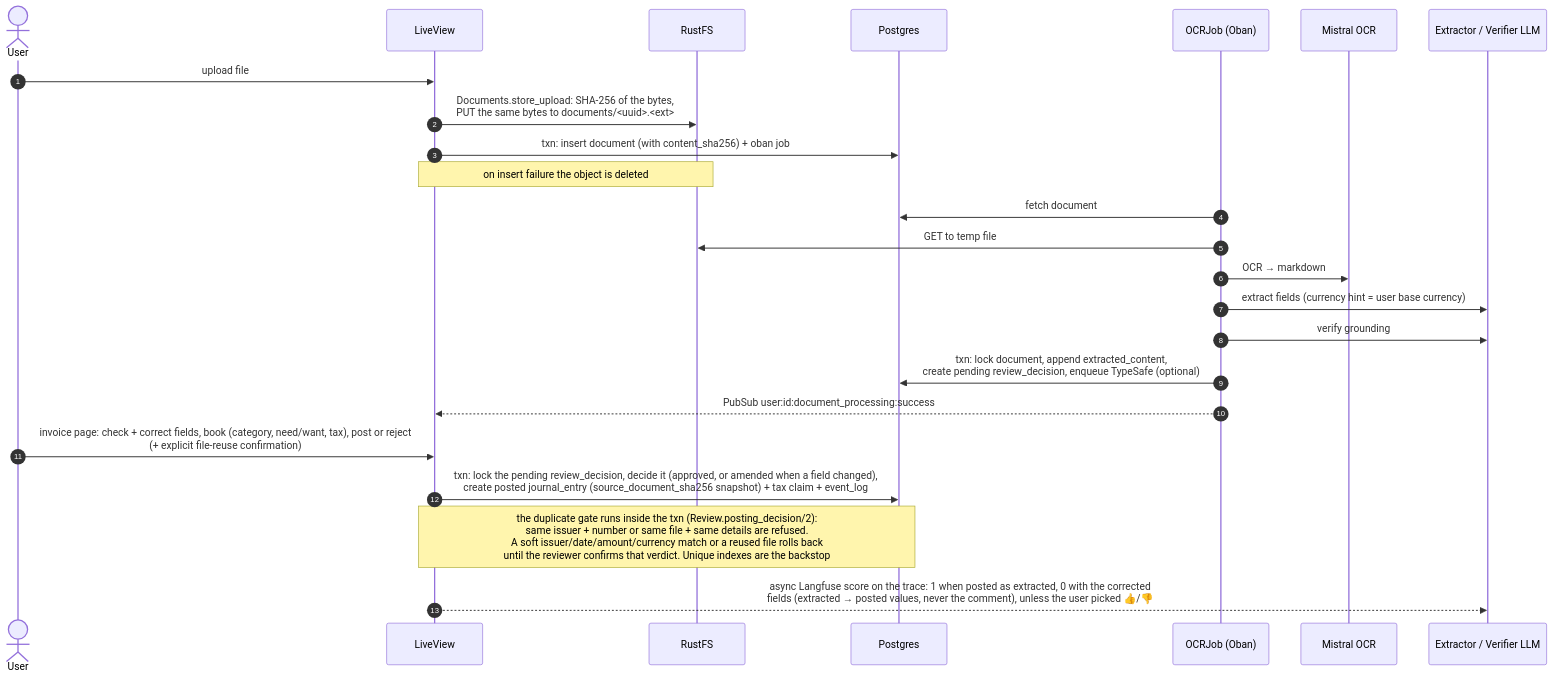
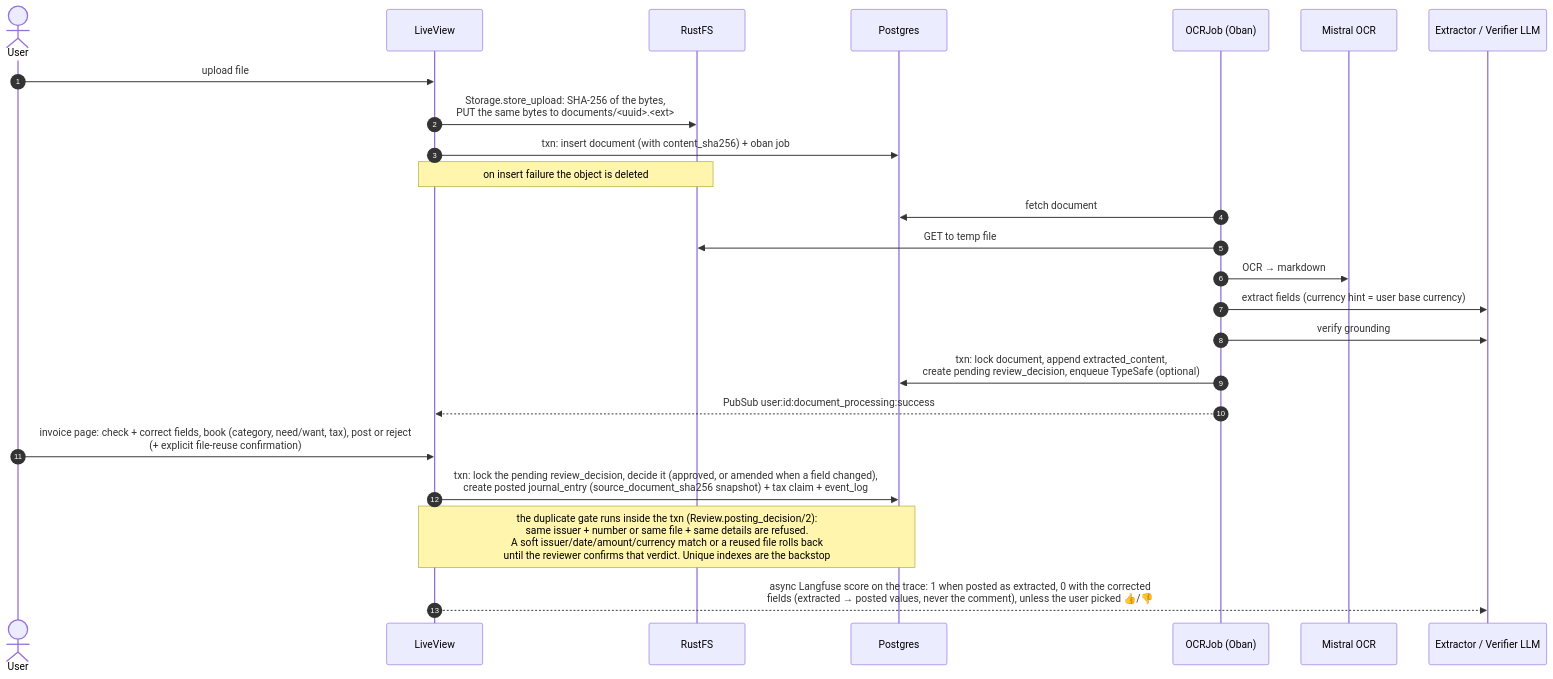
The third of 12 diagrams in docs/architecture.md (acramatte/zaimu-tomo), drawn with Mermaid before and after one commit. The commit also changed other lines of this file and 23 other files, not shown here.

First line of the commit message:
feat(accounts): add current and credit card account types and share the upload store (#137)

````diff
--- a/docs/architecture.md
+++ b/docs/architecture.md
@@ -174,27 +175,27 @@
 ```mermaid
 sequenceDiagram
     autonumber
     actor U as User
     participant LV as LiveView
     participant S3 as RustFS
     participant DB as Postgres
     participant J as OCRJob (Oban)
     participant M as Mistral OCR
     participant L as Extractor / Verifier LLM
 
     U->>LV: upload file
-    LV->>S3: Documents.store_upload: SHA-256 of the bytes,<br/>PUT the same bytes to documents/<uuid>.<ext>
+    LV->>S3: Storage.store_upload: SHA-256 of the bytes,<br/>PUT the same bytes to documents/<uuid>.<ext>
     LV->>DB: txn: insert document (with content_sha256) + oban job
     Note over LV,S3: on insert failure the object is deleted
     J->>DB: fetch document
     J->>S3: GET to temp file
     J->>M: OCR → markdown
     J->>L: extract fields (currency hint = user base currency)
     J->>L: verify grounding
     J->>DB: txn: lock document, append extracted_content,<br/>create pending review_decision, enqueue TypeSafe (optional)
     J-->>LV: PubSub user:id:document_processing:success
     U->>LV: invoice page: check + correct fields, book (category, need/want, tax), post or reject<br/>(+ explicit file-reuse confirmation)
     LV->>DB: txn: lock the pending review_decision, decide it (approved, or amended when a field changed),<br/>create posted journal_entry (source_document_sha256 snapshot) + tax claim + event_log
     Note over LV,DB: the duplicate gate runs inside the txn (Review.posting_decision/2):<br/>same issuer + number or same file + same details are refused.<br/>A soft issuer/date/amount/currency match or a reused file rolls back<br/>until the reviewer confirms that verdict. Unique indexes are the backstop
     LV-->>L: async Langfuse score on the trace: 1 when posted as extracted, 0 with the corrected<br/>fields (extracted → posted values, never the comment), unless the user picked 👍/👎
 ```
````
